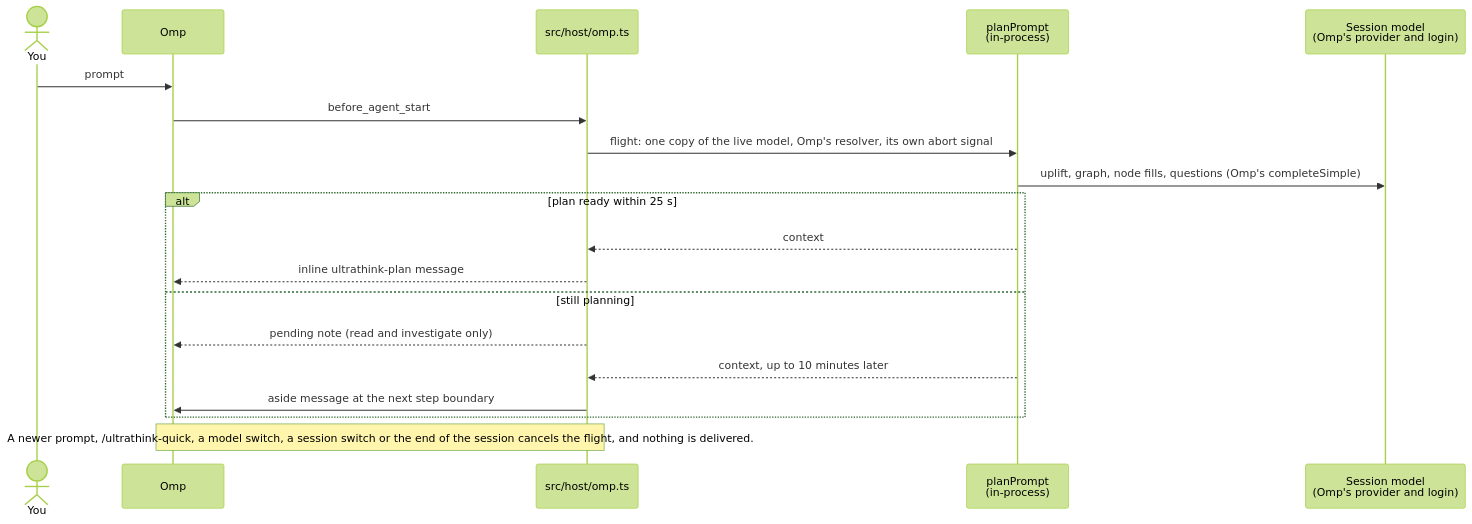
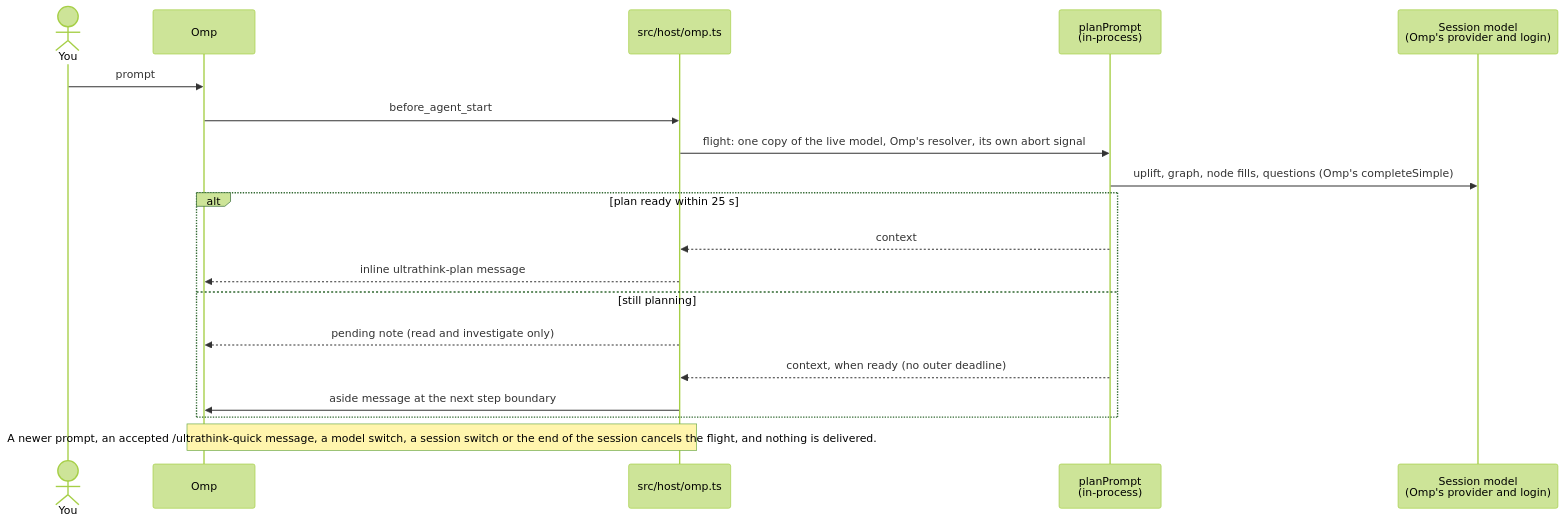
Before and after one commit to swcstudiospace/claude-ultrathink: the seventh of 10 diagrams in docs/architecture.md, drawn with Mermaid (forest theme). The commit also changed other lines of this file and 7 other files, not shown here.

````diff
--- a/docs/architecture.md
+++ b/docs/architecture.md
@@ -292,21 +292,21 @@
 ```mermaid
 sequenceDiagram
     actor You
     participant O as Omp
     participant X as src/host/omp.ts
     participant P as planPrompt<br/>(in-process)
     participant M as Session model<br/>(Omp's provider and login)
     You->>O: prompt
     O->>X: before_agent_start
     X->>P: flight: one copy of the live model, Omp's resolver, its own abort signal
     P->>M: uplift, graph, node fills, questions (Omp's completeSimple)
     alt plan ready within 25 s
         P-->>X: context
         X-->>O: inline ultrathink-plan message
     else still planning
         X-->>O: pending note (read and investigate only)
-        P-->>X: context, up to 10 minutes later
+        P-->>X: context, when ready (no outer deadline)
         X->>O: aside message at the next step boundary
     end
-    Note over O,X: A newer prompt, /ultrathink-quick, a model switch, a session switch or the end of the session cancels the flight, and nothing is delivered.
+    Note over O,X: A newer prompt, an accepted /ultrathink-quick message, a model switch, a session switch or the end of the session cancels the flight, and nothing is delivered.
 ```
````
